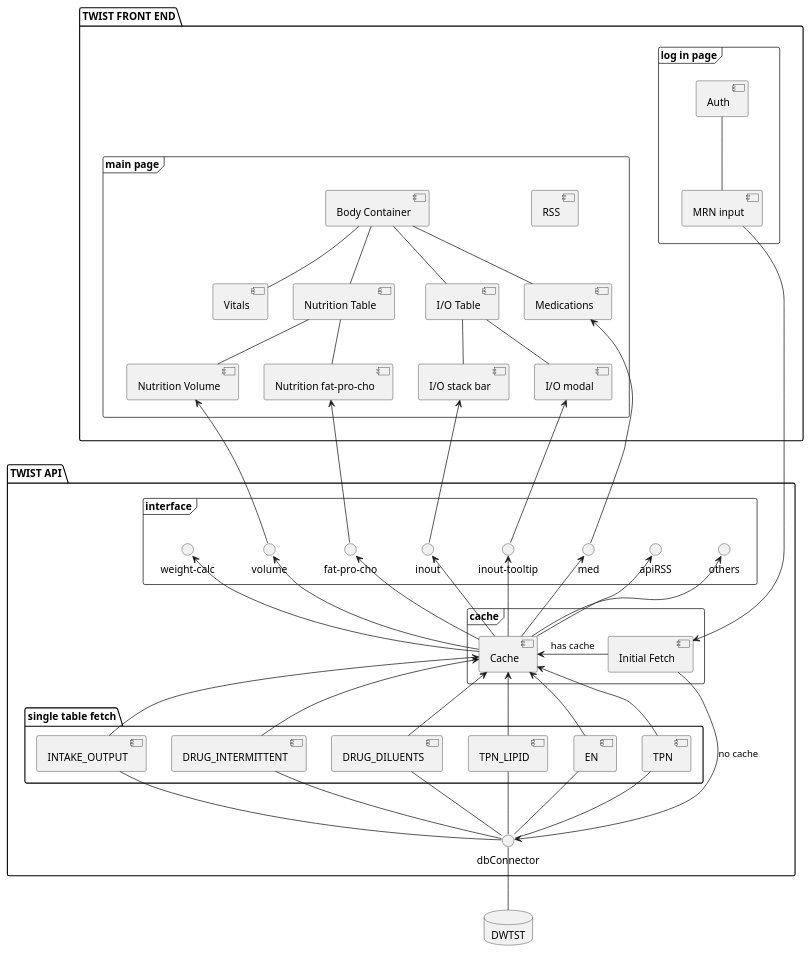
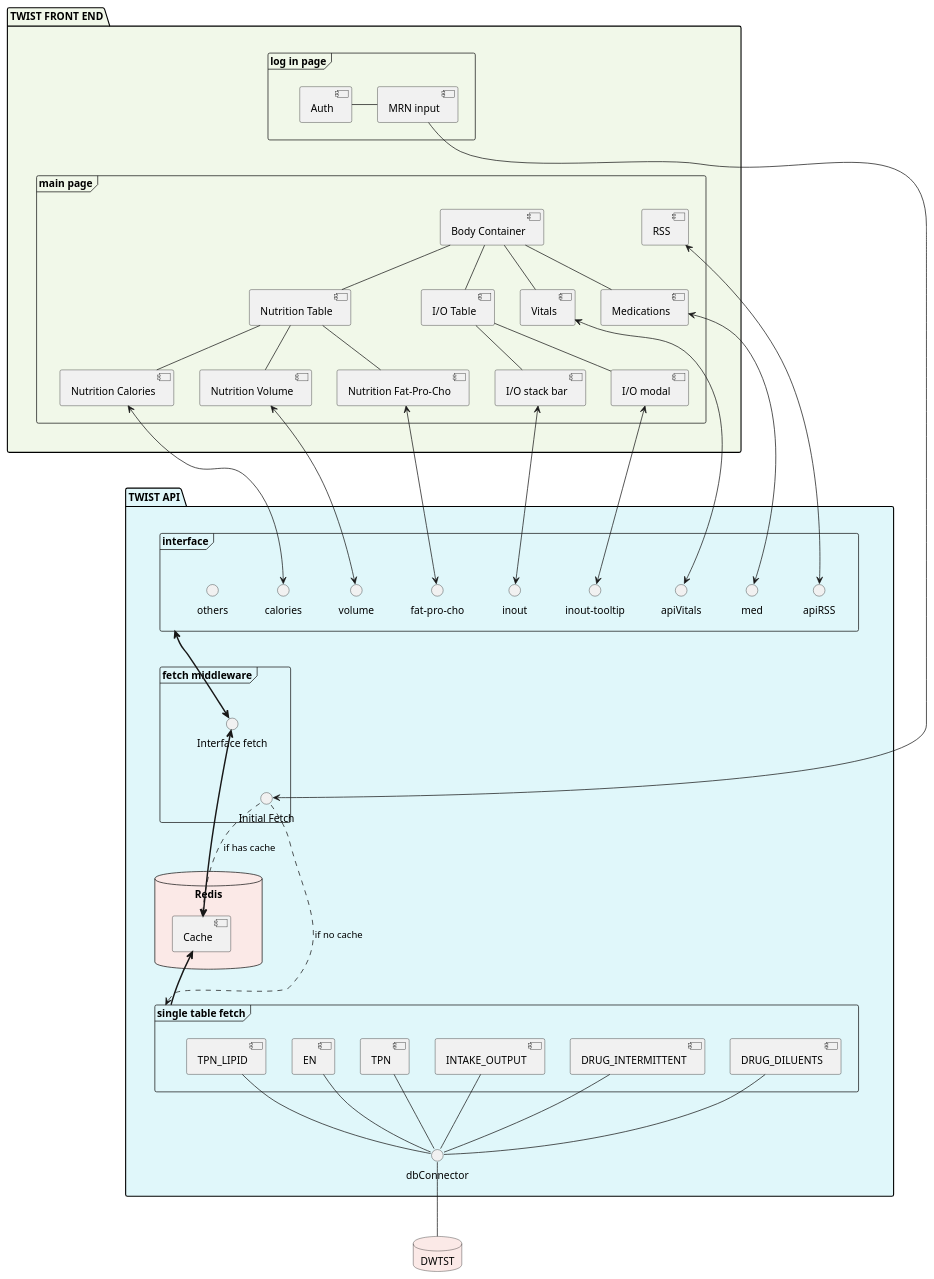
The diagram in assets/db-api-front-v2.iuml (TwistTRL/nodejs-twist-api), drawn with PlantUML before and after one commit. The commit also changed 2 other files, not shown here.

```diff
--- a/assets/db-api-front-v2.iuml
+++ b/assets/db-api-front-v2.iuml
@@ -1,90 +1,91 @@
 @startuml db-api-frontend
 
 ' skinparam componentStyle uml2
+' left to right direction
 
-package "TWIST FRONT END" {
+package "TWIST FRONT END" as frontend #f1f8e9 {
     frame "log in page" as login {
-        [Auth] -- [MRN input]
+        [Auth] -right- [MRN input]
     }
 
     frame "main page" as main {
         [RSS]
         [Body Container] -- [I/O Table]
         [Body Container] -- [Nutrition Table]
         [Body Container] -- [Medications]
         [Body Container] -- [Vitals]
         [Nutrition Table] -- [Nutrition Volume]
-        [Nutrition Table] -- [Nutrition fat-pro-cho]
+        [Nutrition Table] -- [Nutrition Fat-Pro-Cho]
+        [Nutrition Table] -- [Nutrition Calories]
         [I/O Table] -- [I/O stack bar]
         [I/O Table] -- [I/O modal]
-        [Medications]
     }
-    login -[hidden]down- main
+  
+    main -[hidden]up- login
 }
 
-package "TWIST API" {
-    package "single table fetch" {
+package "TWIST API" as api #e0f7fa {
+    frame interface {
+        interface "fat-pro-cho" as fpc
+        interface volume
+        interface "inout-tooltip" as iot
+        interface inout
+        interface med
+        interface apiRSS
+        interface apiVitals
+        interface calories
+        interface others
+    }
+    
+    frame "fetch middleware" as fm {
+        interface "Initial Fetch" as firstFetch
+        interface "Interface fetch" as IfFetch
+        firstFetch -[hidden]up- IfFetch
+    }
+
+    database Redis #fbe9e7 {
+        [Cache]
+    }
+    
+    frame "single table fetch" as stf {
         [TPN_LIPID]
         [EN]
         [TPN]
         [INTAKE_OUTPUT]
         [DRUG_INTERMITTENT]
         [DRUG_DILUENTS]
     }
 
-    frame "cache" {
-        [Initial Fetch] -left-> [Cache] :has cache
-    }
+    fm -[hidden]up- interface
+    Redis -[hidden]down- stf
+    firstFetch .right.> stf: if no cache 
+    firstFetch .down.> [Cache] :if has cache
+    stf -[hidden]up- firstFetch
+    stf =up=> [Cache]
+    IfFetch <=down=> [Cache]
+    IfFetch <=up=> interface
 
-    [Initial Fetch] -down-> dbConnector :no cache
-    [TPN_LIPID] -down- dbConnector
-    [EN] -down- dbConnector
-    [TPN] -down- dbConnector
-    [INTAKE_OUTPUT] -down- dbConnector
-    [DRUG_INTERMITTENT] -down- dbConnector
-    [DRUG_DILUENTS] -down- dbConnector
+    [TPN_LIPID] -- dbConnector
+    [EN] -- dbConnector
+    [TPN] -- dbConnector
+    [INTAKE_OUTPUT] -- dbConnector
+    [DRUG_INTERMITTENT] -- dbConnector
+    [DRUG_DILUENTS] -- dbConnector
+}
+    
+database DWTST #fbe9e7
 
-    frame "interface" {
-        interface "fat-pro-cho" as fpc
-        interface volume
-        interface "inout-tooltip" as iot
-        interface inout
-        interface med
-        interface "weight-calc" as weightc
-        interface others
-        interface apiRSS
-    }
-
-    [Cache] -up-> volume
-    [Cache] -up-> fpc
-    [Cache] -up-> inout
-    [Cache] -up-> iot
-    [Cache] -up-> med
-    [Cache] -up-> weightc
-    [Cache] -up-> others
-    [Cache] -up-> apiRSS
-
-    [Cache] <-- [TPN_LIPID]
-    [Cache] <-- [TPN]
-    [Cache] <-- [EN]
-    [Cache] <-- [INTAKE_OUTPUT]
-    [Cache] <-- [DRUG_INTERMITTENT]
-    [Cache] <-- [DRUG_DILUENTS]
-
-}
-
-database DWTST
-
-[MRN input] -down-> [Initial Fetch]
-
-[Nutrition Volume] <-- volume
-[Nutrition fat-pro-cho] <-- fpc
-[I/O stack bar] <-- inout
-[I/O modal] <-- iot
-[Medications] <-- med
-
-' [RSS] <-- apiRSS
+[MRN input] --> firstFetch
+[Nutrition Fat-Pro-Cho] <--> fpc
+[Nutrition Calories] <--> calories
+[Nutrition Volume] <--> volume
+[I/O stack bar] <--> inout
+[I/O modal] <--> iot
+[Medications] <--> med
+[RSS] <--> apiRSS
+[Vitals] <--> apiVitals
 
 DWTST -up- dbConnector
+frontend -[hidden]down- api
 
 @enduml
```
